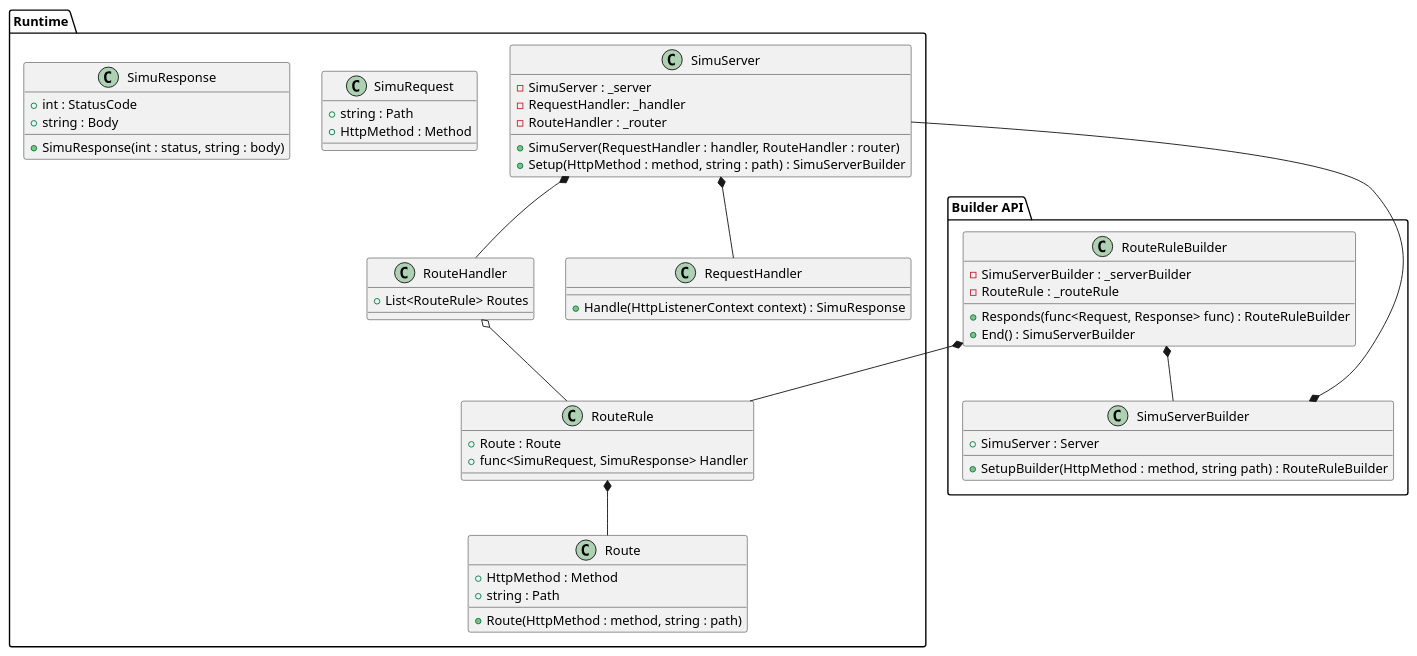
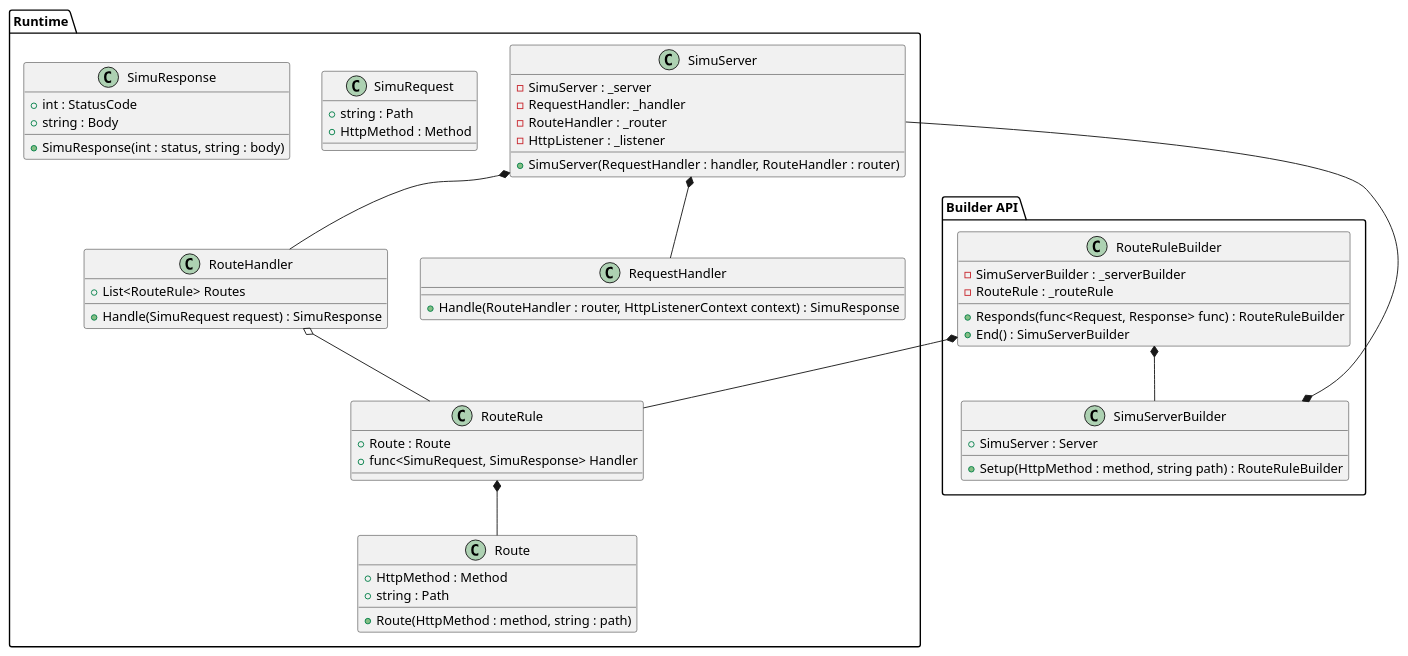
One commit to Addurezz/SimuRest changed the diagram in SimuRest.Core/docs/Class.puml. Above: the diagram before and after it, drawn with PlantUML. The commit also changed 1 other file, not shown here.

```diff
--- a/SimuRest.Core/docs/Class.puml
+++ b/SimuRest.Core/docs/Class.puml
@@ -1,75 +1,78 @@
 @startuml
 'https://plantuml.com/class-diagram
 
 top to bottom direction
 
 package "Runtime" {
     class SimuServer {
         - SimuServer : _server
         - RequestHandler: _handler
         - RouteHandler : _router
+        - HttpListener : _listener
+        
         + SimuServer(RequestHandler : handler, RouteHandler : router)
-        + Setup(HttpMethod : method, string : path) : SimuServerBuilder
+        
     }
     
     class RouteHandler {
         + List<RouteRule> Routes  
+        + Handle(SimuRequest request) : SimuResponse
     }
     
     class Route {
         + HttpMethod : Method
         + string : Path
         
         + Route(HttpMethod : method, string : path)
     }
     
     class RouteRule {
         + Route : Route
         + func<SimuRequest, SimuResponse> Handler
     }
     
     
     class SimuRequest {
         + string : Path
         + HttpMethod : Method
     }
     
     class RequestHandler {
-        + Handle(HttpListenerContext context) : SimuResponse
+        + Handle(RouteHandler : router, HttpListenerContext context) : SimuResponse
     }
     
     class SimuResponse {
         + int : StatusCode
         + string : Body
         
         + SimuResponse(int : status, string : body)
     }
 }
 
 package "Builder API" {
     class SimuServerBuilder {
         + SimuServer : Server
-        + SetupBuilder(HttpMethod : method, string path) : RouteRuleBuilder
+        + Setup(HttpMethod : method, string path) : RouteRuleBuilder
     }
     
     class RouteRuleBuilder {
         - SimuServerBuilder : _serverBuilder
         - RouteRule : _routeRule
         
         + Responds(func<Request, Response> func) : RouteRuleBuilder
         + End() : SimuServerBuilder
     }
 }
 
 SimuServer --* SimuServerBuilder
 RouteRuleBuilder *-- SimuServerBuilder
 
 RouteRuleBuilder *-- RouteRule
 RouteRule *-- Route
 
 SimuServer *-- RequestHandler
 SimuServer *-- RouteHandler
 
 RouteHandler o-- RouteRule
 
 @enduml
```
